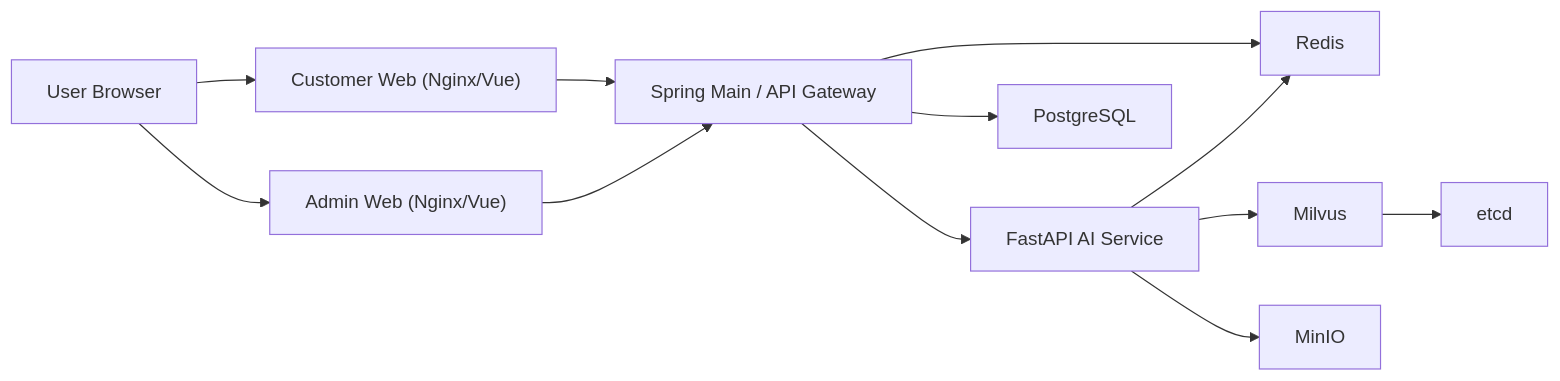
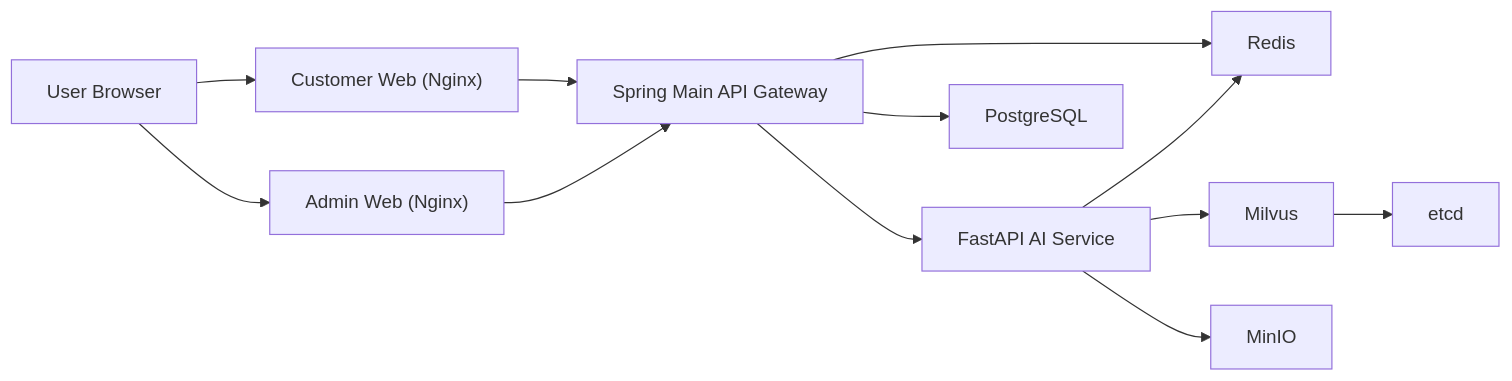
One commit to yangbun-GIT/ChemiLog changed the diagram in README.md. Above: the diagram before and after it, drawn with Mermaid. The commit also changed other lines of this file and 2 other files, not shown here.

````diff
--- a/README.md
+++ b/README.md
@@ -26,14 +15,14 @@
 ```mermaid
 flowchart LR
-    U["User Browser"] --> CW["Customer Web (Nginx/Vue)"]
-    U --> AW["Admin Web (Nginx/Vue)"]
-    CW --> SG["Spring Main / API Gateway"]
+    U["User Browser"] --> CW["Customer Web (Nginx)"]
+    U --> AW["Admin Web (Nginx)"]
+    CW --> SG["Spring Main API Gateway"]
     AW --> SG
     SG --> FA["FastAPI AI Service"]
     SG --> PG["PostgreSQL"]
     SG --> RD["Redis"]
     FA --> RD
     FA --> MV["Milvus"]
     FA --> MI["MinIO"]
     MV --> ET["etcd"]
 ```
````
